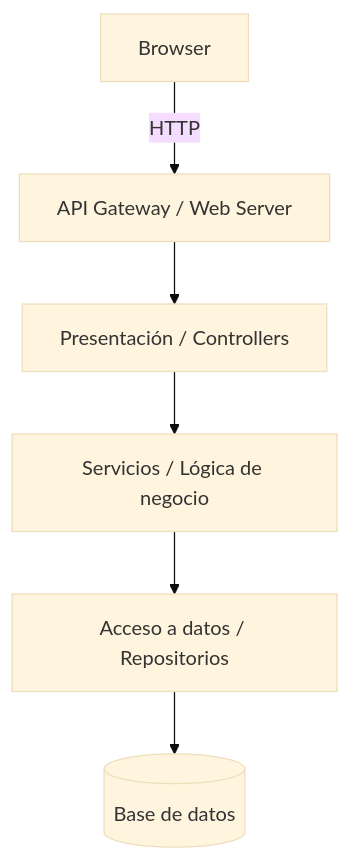
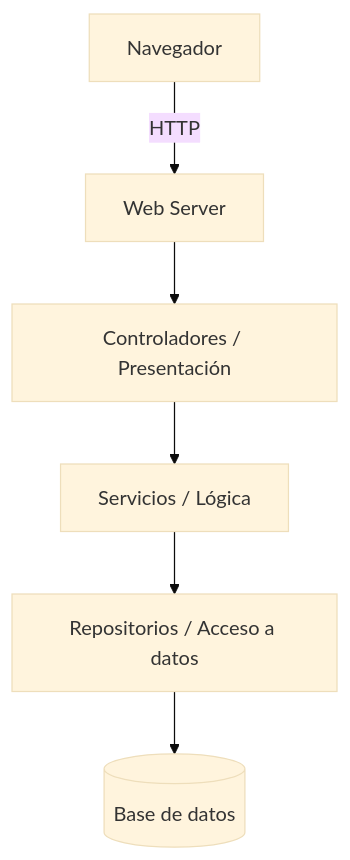
One commit to ATorresCode/dwes changed diagram 13 of 16 in docs/u01/propuesta-ampliada.md. Above: the diagram before and after it, drawn with Mermaid (base theme). The commit also changed other lines of this file and 3 other files, not shown here.

````diff
--- a/docs/u01/propuesta-ampliada.md
+++ b/docs/u01/propuesta-ampliada.md
@@ -457,8 +448,8 @@
 ```mermaid
 graph TD
-  Browser -->|HTTP| APIGateway[API Gateway / Web Server]
-  APIGateway --> Presentation[Presentación / Controllers]
-  Presentation --> Business[Servicios / Lógica de negocio]
-  Business --> Data[Acceso a datos / Repositorios]
-  Data --> DB[(Base de datos)]
+  Navegador -->|HTTP| Web[Web Server]
+  Web --> Controladores[Controladores / Presentación]
+  Controladores --> Servicios[Servicios / Lógica]
+  Servicios --> Repositorios[Repositorios / Acceso a datos]
+  Repositorios --> DB[(Base de datos)]
 ```
````
